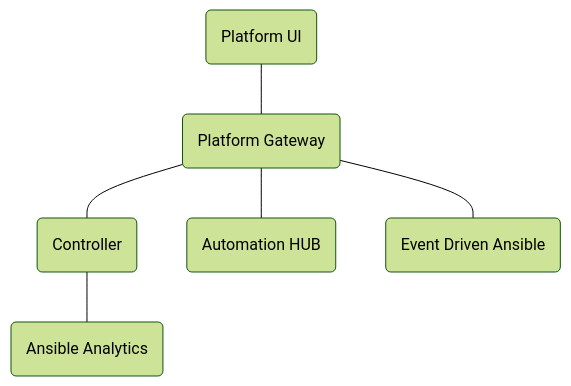
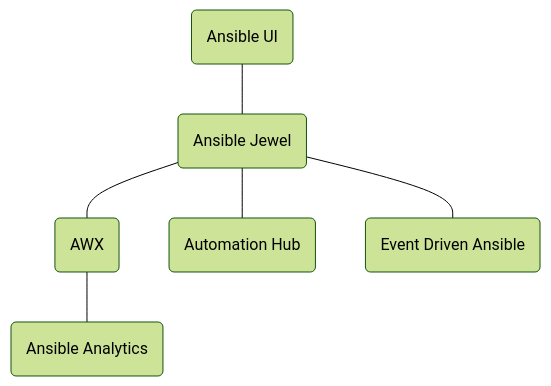
Before and after one commit to ansible/ansible-ui: the diagram in docs/dev/architecture.md, drawn with Mermaid (forest theme). The commit also changed other lines of this file and 13 other files, not shown here.

````diff
--- a/docs/dev/architecture.md
+++ b/docs/dev/architecture.md
@@ -3,8 +3,8 @@
 ```mermaid
 flowchart TD
-   ui(Platform UI) --- platform(Platform Gateway)
-   platform --- awx(Controller)
-   platform --- hub(Automation HUB)
+   ui(Ansible UI) --- platform(Ansible Jewel)
+   platform --- awx(AWX)
+   platform --- hub(Automation Hub)
    platform --- eda(Event Driven Ansible)
    awx --- aa(Ansible Analytics)
 ```
````
